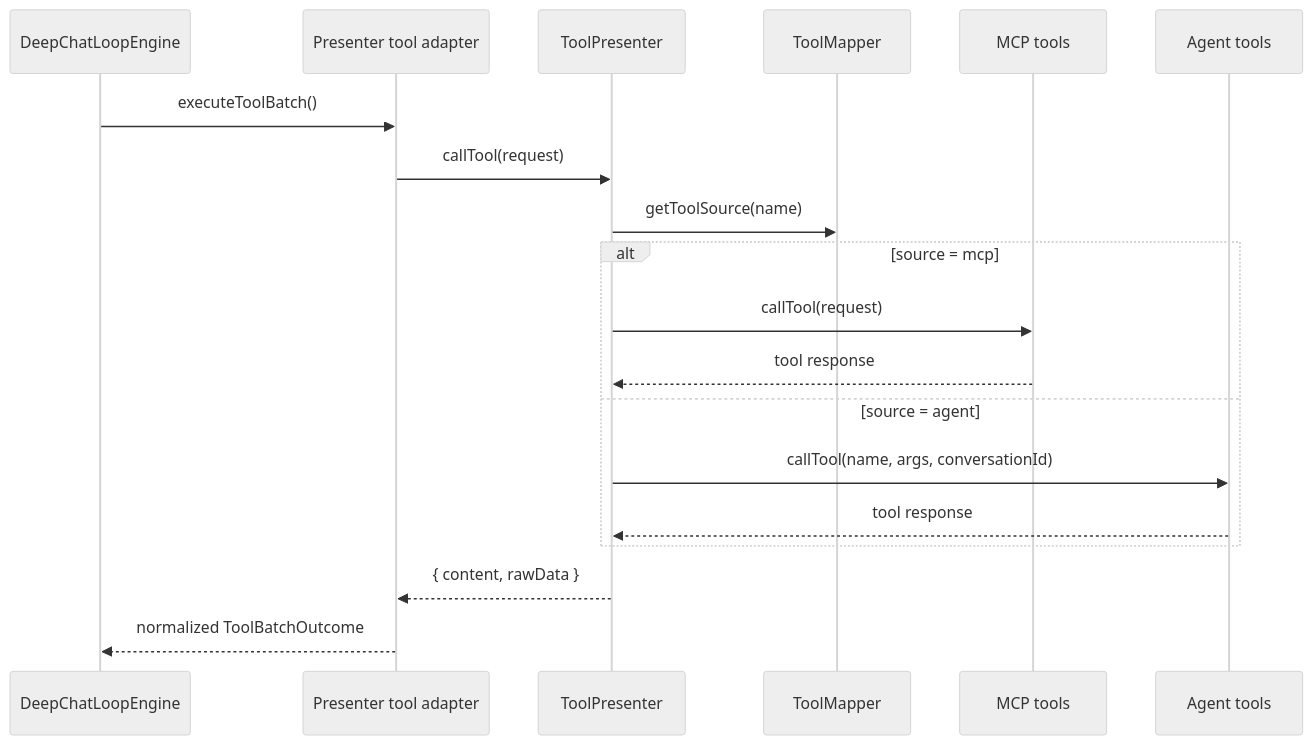
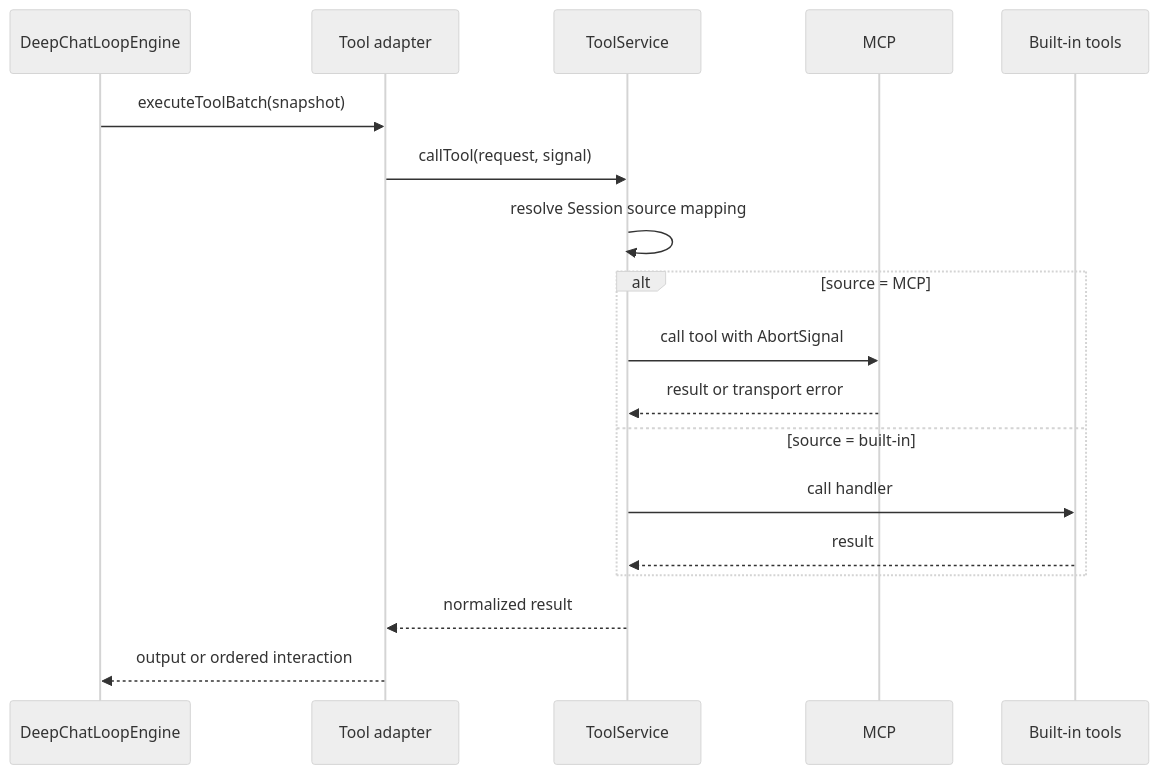
One commit to zerob13/deepchat changed the diagram in docs/architecture/tool-system.md. Above: the diagram before and after it, drawn with Mermaid (neutral theme). The commit also changed other lines of this file and 1922 other files, not shown here.

First line of the commit message:
refactor(main): realign process architecture (#1987)

````diff
--- a/docs/architecture/tool-system.md
+++ b/docs/architecture/tool-system.md
@@ -96,24 +44,21 @@
 ```mermaid
 sequenceDiagram
     participant L as DeepChatLoopEngine
-    participant P as Presenter tool adapter
-    participant T as ToolPresenter
-    participant Map as ToolMapper
-    participant M as MCP tools
-    participant A as Agent tools
+    participant A as Tool adapter
+    participant T as ToolService
+    participant M as MCP
+    participant B as Built-in tools
 
-    L->>P: executeToolBatch()
-    P->>T: callTool(request)
-    T->>Map: getToolSource(name)
-
-    alt source = mcp
-        T->>M: callTool(request)
-        M-->>T: tool response
-    else source = agent
-        T->>A: callTool(name, args, conversationId)
-        A-->>T: tool response
+    L->>A: executeToolBatch(snapshot)
+    A->>T: callTool(request, signal)
+    T->>T: resolve Session source mapping
+    alt source = MCP
+        T->>M: call tool with AbortSignal
+        M-->>T: result or transport error
+    else source = built-in
+        T->>B: call handler
+        B-->>T: result
     end
-
-    T-->>P: { content, rawData }
-    P-->>L: normalized ToolBatchOutcome
+    T-->>A: normalized result
+    A-->>L: output or ordered interaction
 ```
````
